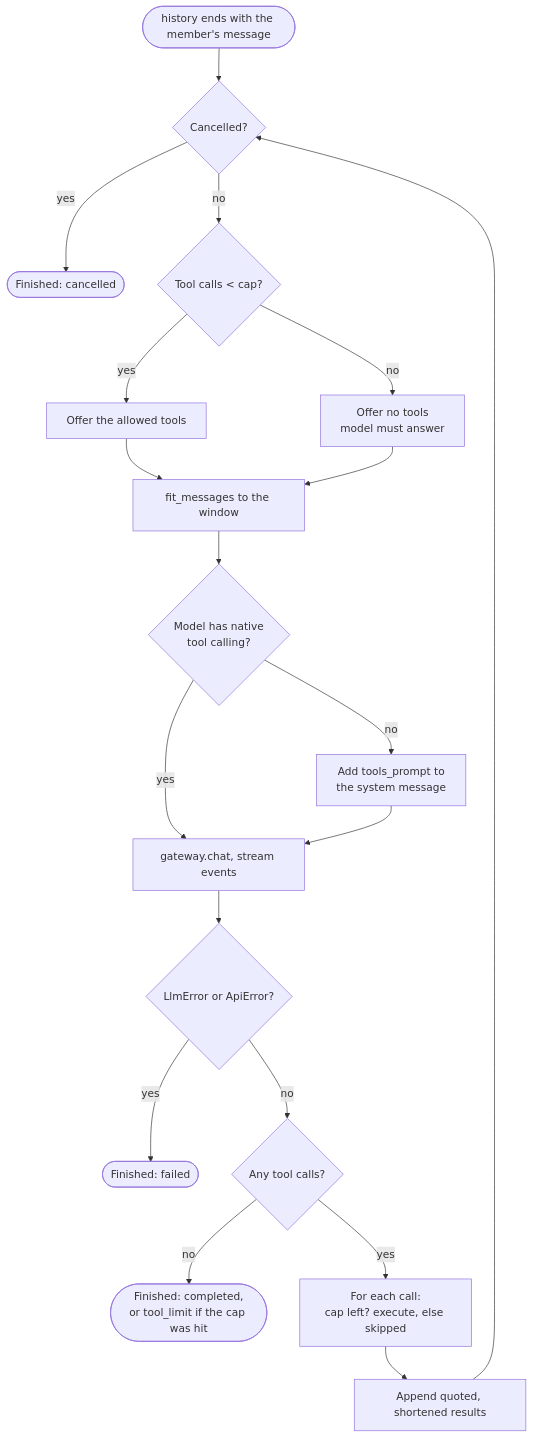
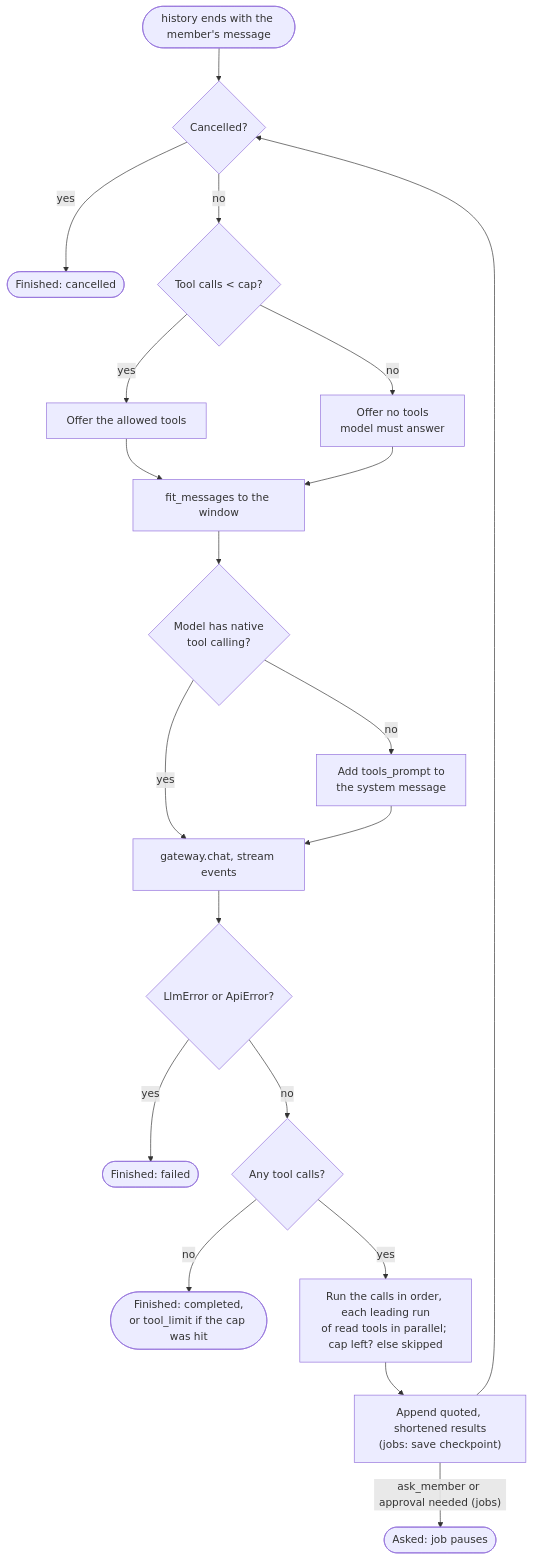
One commit to EslamAlaaZaki/dawam changed the fifth of 14 diagrams in docs/ai-architecture.md. Above: the diagram before and after it, drawn with Mermaid. The commit also changed other lines of this file and 1 other file, not shown here.

````diff
--- a/docs/ai-architecture.md
+++ b/docs/ai-architecture.md
@@ -269,20 +277,21 @@
 ```mermaid
 flowchart TD
     START(["history ends with the member's message"]) --> CAN{"Cancelled?"}
     CAN -->|yes| X1(["Finished: cancelled"])
     CAN -->|no| CAP{"Tool calls < cap?"}
     CAP -->|yes| OFF["Offer the allowed tools"]
     CAP -->|no| NOOFF["Offer no tools<br/>model must answer"]
     OFF & NOOFF --> FIT["fit_messages to the window"]
     FIT --> MODE{"Model has native<br/>tool calling?"}
     MODE -->|no| PR["Add tools_prompt to<br/>the system message"]
     MODE -->|yes| CALL
     PR --> CALL["gateway.chat, stream events"]
     CALL --> ERR{"LlmError or ApiError?"}
     ERR -->|yes| X2(["Finished: failed"])
     ERR -->|no| PEND{"Any tool calls?"}
     PEND -->|no| X3(["Finished: completed,<br/>or tool_limit if the cap was hit"])
-    PEND -->|yes| EXEC["For each call:<br/>cap left? execute, else skipped"]
-    EXEC --> QUOTE["Append quoted, shortened results"]
+    PEND -->|yes| EXEC["Run the calls in order, each leading run<br/>of read tools in parallel; cap left? else skipped"]
+    EXEC --> QUOTE["Append quoted, shortened results<br/>(jobs: save checkpoint)"]
+    QUOTE -->|"ask_member or approval needed (jobs)"| X4(["Asked: job pauses"])
     QUOTE --> CAN
 ```
````
